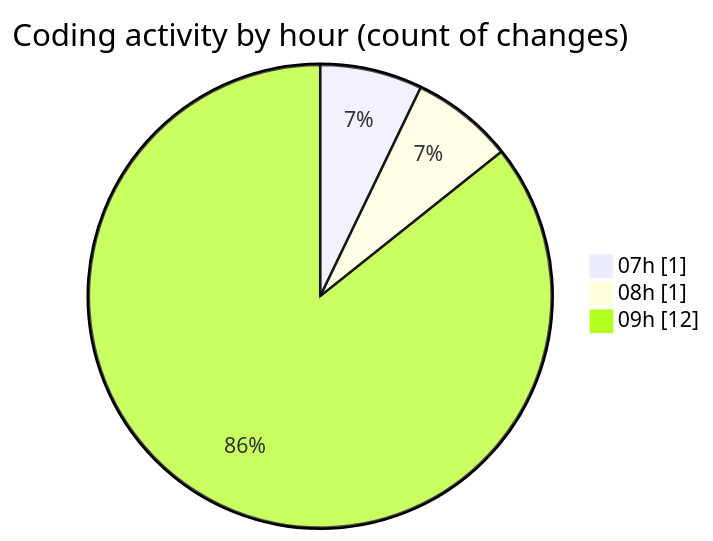
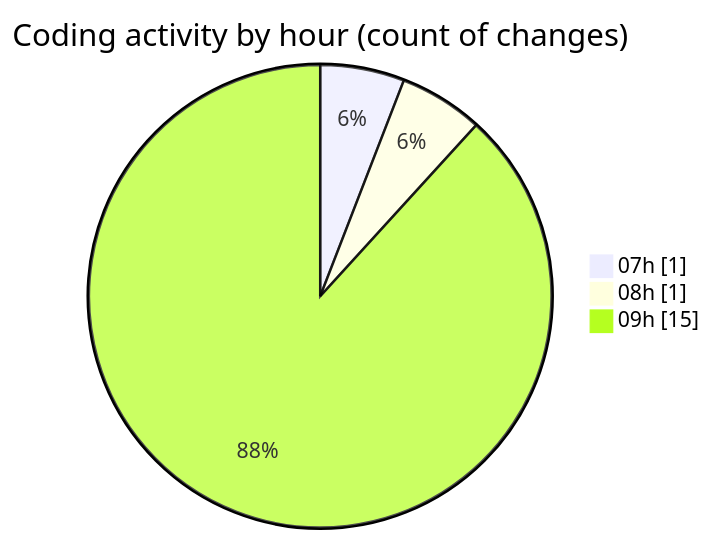
One commit to vahidmafi/code-tracking changed the second of 2 diagrams in 2025-04-24/zeytoon/README.md. Above: the diagram before and after it, drawn with Mermaid. The commit also changed other lines of this file and 1 other file, not shown here.

````diff
--- a/2025-04-24/zeytoon/README.md
+++ b/2025-04-24/zeytoon/README.md
@@ -30,7 +30,7 @@
 ```mermaid
 pie showData
 title Coding activity by hour (count of changes)
 "07h" : 1
 "08h" : 1
-"09h" : 12
+"09h" : 15
 ```
````
